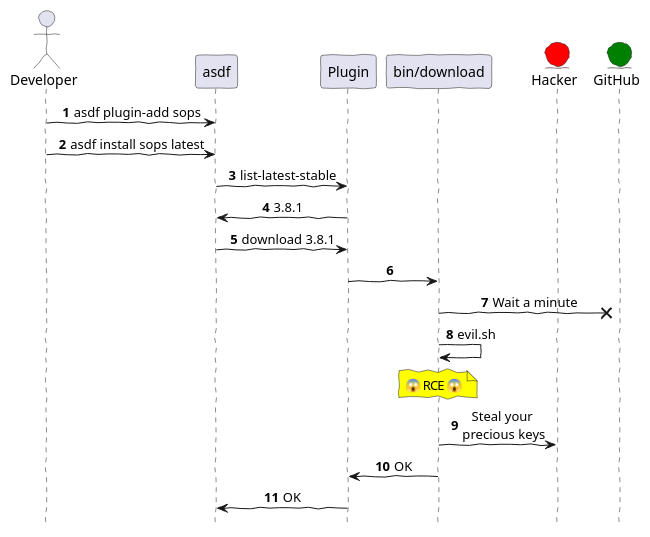
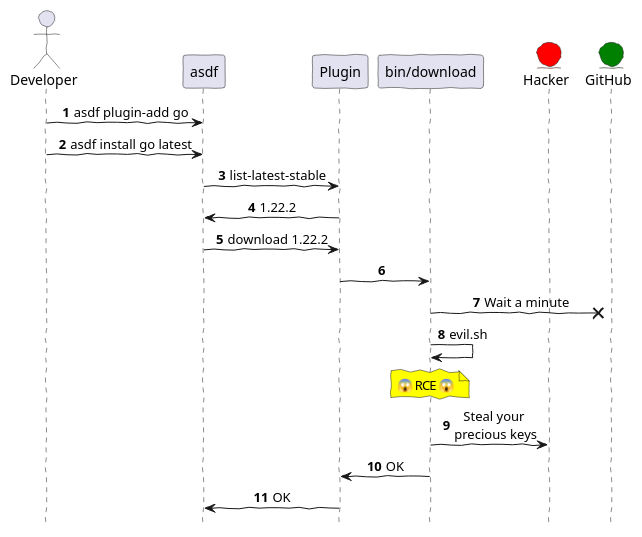
The diagram in diagrams/plugin-manager-evil.puml (sylvainmetayer/talk-asdf), drawn with PlantUML before and after one commit. The commit also changed 51 other files, not shown here.

```diff
--- a/diagrams/plugin-manager-evil.puml
+++ b/diagrams/plugin-manager-evil.puml
@@ -1,28 +1,28 @@
 @startuml
 skinparam handwritten true
 skinparam sequenceMessageAlign center
 autonumber
 hide footbox
 
 actor       Developer       as user
 participant    asdf    as asdf
 participant    Plugin    as plugin
 participant    "bin/download"    as plugin_script
 entity    GitHub    as github order 100 #green
 entity    Hacker    as hacker #red
 
-user -> asdf: asdf plugin-add sops
-user -> asdf: asdf install sops latest
+user -> asdf: asdf plugin-add go
+user -> asdf: asdf install go latest
 asdf -> plugin: list-latest-stable
-plugin -> asdf: 3.8.1
-asdf -> plugin : download 3.8.1
+plugin -> asdf: 1.22.2
+asdf -> plugin : download 1.22.2
 plugin -> plugin_script
 plugin_script ->x github: Wait a minute
 plugin_script -> plugin_script: evil.sh
 note over plugin_script #FF0: 😱 RCE 😱
 
 plugin_script -> hacker: Steal your \nprecious keys
 plugin_script -> plugin: OK
 plugin -> asdf: OK
 
 @enduml
```
